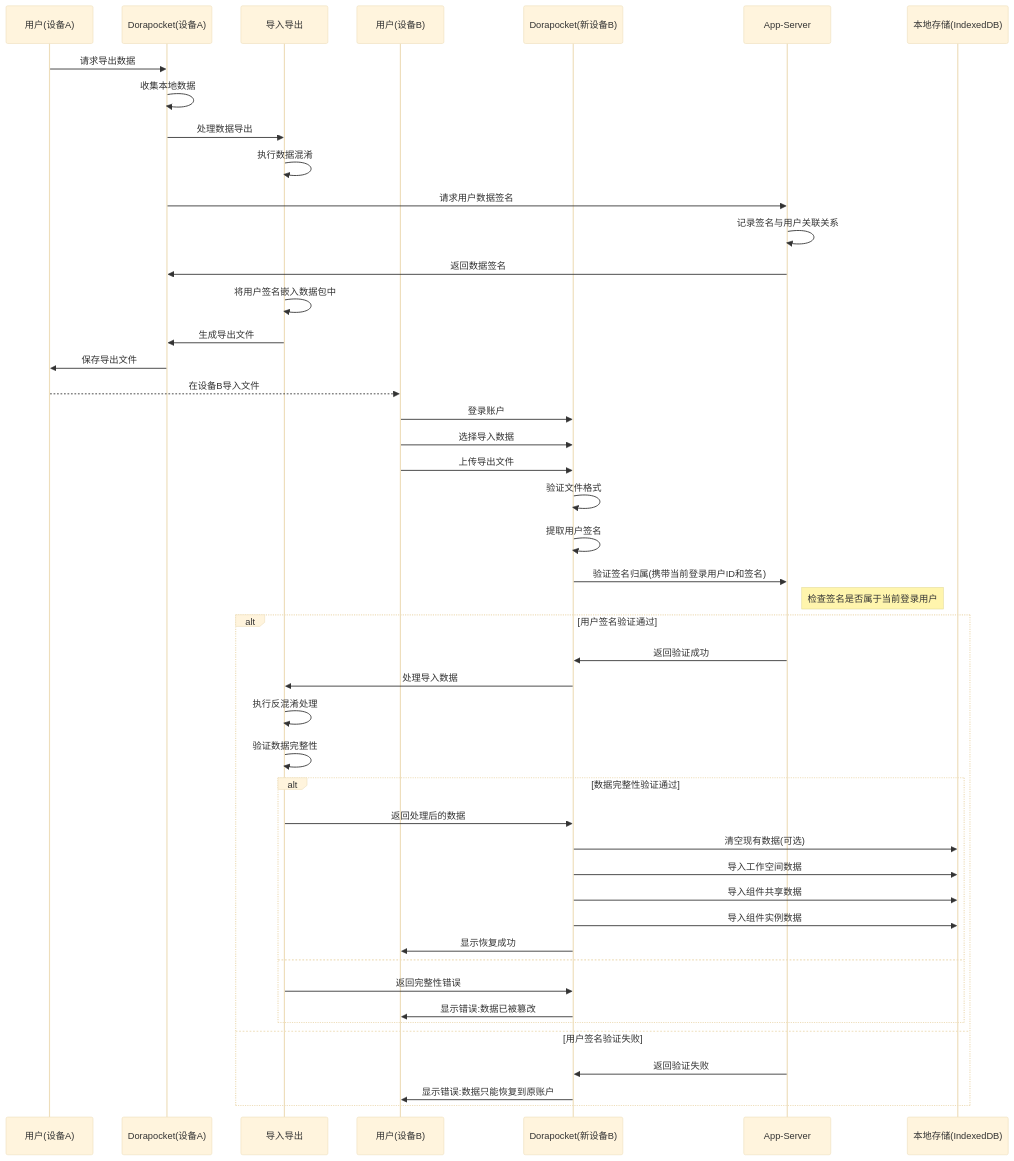
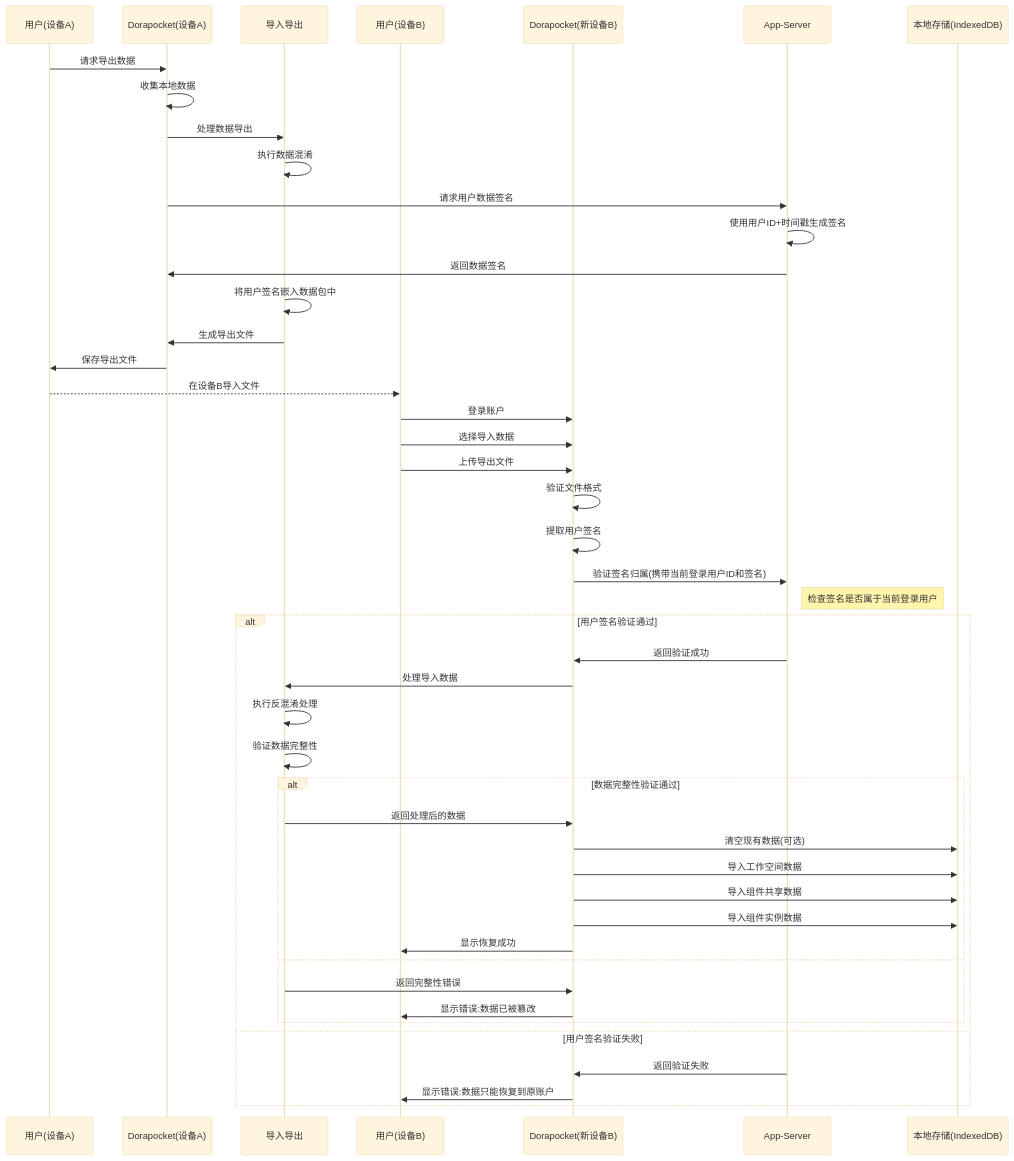
Before and after one commit to yingjianzh/iodraw-files: the diagram in all/未命名-38.md, drawn with Mermaid (base theme).

Commit message:
2025-04-21 14:20:19 update

````diff
--- a/all/未命名-38.md
+++ b/all/未命名-38.md
@@ -1,64 +1,64 @@
 ```mermaid
 sequenceDiagram
     participant UserOld as 用户(设备A)
     participant AppOld as Dorapocket(设备A)
     participant Security as 导入导出
     participant UserNew as 用户(设备B)
     participant AppNew as Dorapocket(新设备B)
     participant AppServer as App-Server
     participant LocalDB as 本地存储(IndexedDB)
     
     %% 导出流程
     UserOld->>AppOld: 请求导出数据
     AppOld->>AppOld: 收集本地数据
     
     AppOld->>Security: 处理数据导出
     Security->>Security: 执行数据混淆
     
     %% 获取用户签名
     AppOld->>AppServer: 请求用户数据签名
-    AppServer->>AppServer: 记录签名与用户关联关系
+    AppServer->>AppServer: 使用用户ID+时间戳生成签名
     AppServer->>AppOld: 返回数据签名
     
     Security->>Security: 将用户签名嵌入数据包中
     Security->>AppOld: 生成导出文件
     AppOld->>UserOld: 保存导出文件
     
     %% 传输文件(由用户完成)
     UserOld-->>UserNew: 在设备B导入文件
     
     %% 恢复流程
     UserNew->>AppNew: 登录账户
     UserNew->>AppNew: 选择导入数据
     UserNew->>AppNew: 上传导出文件
     
     AppNew->>AppNew: 验证文件格式
     AppNew->>AppNew: 提取用户签名
     
     %% 验证用户签名
     AppNew->>AppServer: 验证签名归属(携带当前登录用户ID和签名)
     note right of AppServer: 检查签名是否属于当前登录用户
     
     alt 用户签名验证通过
         AppServer->>AppNew: 返回验证成功
         
         AppNew->>Security: 处理导入数据
         Security->>Security: 执行反混淆处理
         Security->>Security: 验证数据完整性
         
         alt 数据完整性验证通过
             Security->>AppNew: 返回处理后的数据
             AppNew->>LocalDB: 清空现有数据(可选)
             AppNew->>LocalDB: 导入工作空间数据
             AppNew->>LocalDB: 导入组件共享数据
             AppNew->>LocalDB: 导入组件实例数据
             AppNew->>UserNew: 显示恢复成功
         else
             Security->>AppNew: 返回完整性错误
             AppNew->>UserNew: 显示错误:数据已被篡改
         end
     else 用户签名验证失败
         AppServer->>AppNew: 返回验证失败
         AppNew->>UserNew: 显示错误:数据只能恢复到原账户
     end
 ```
````
